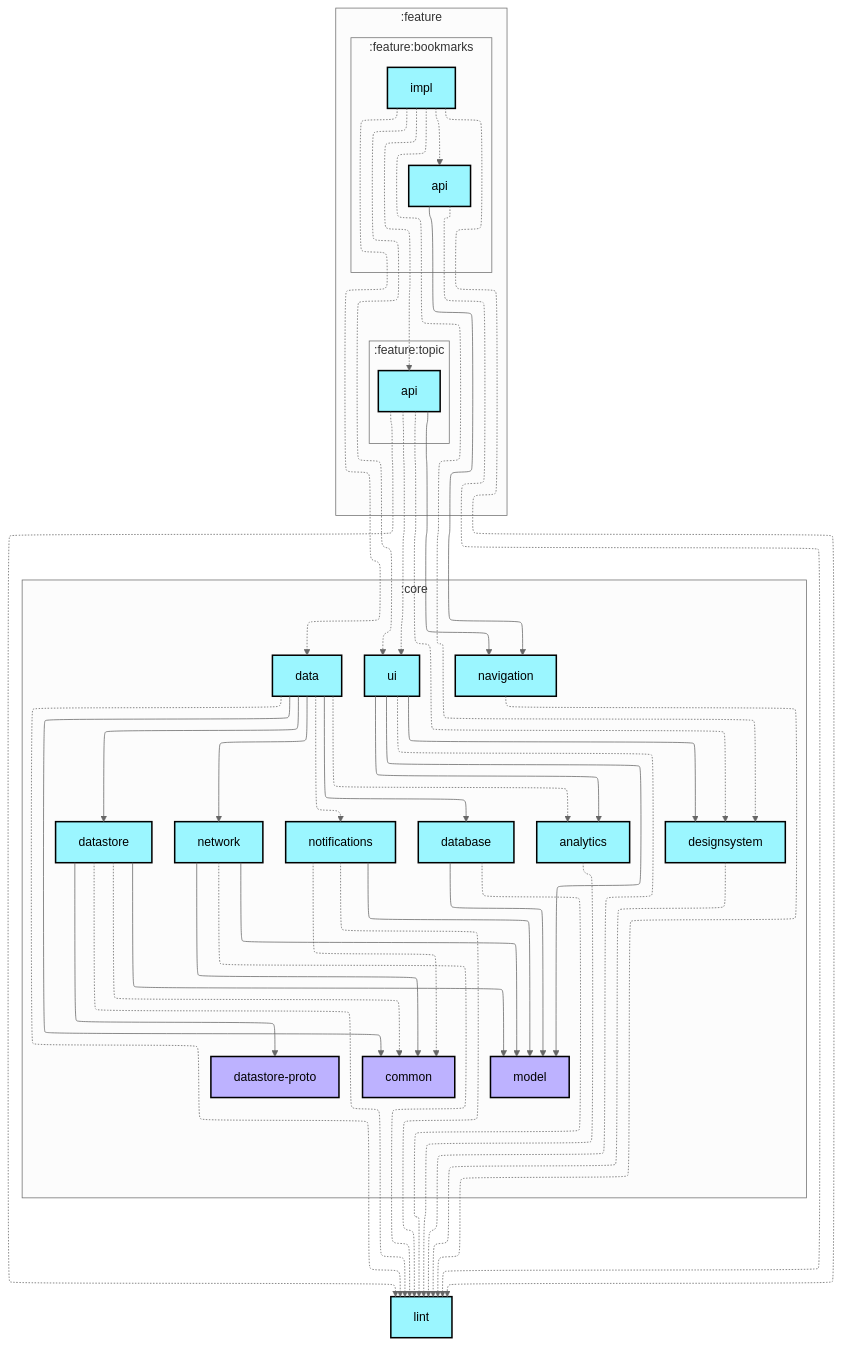
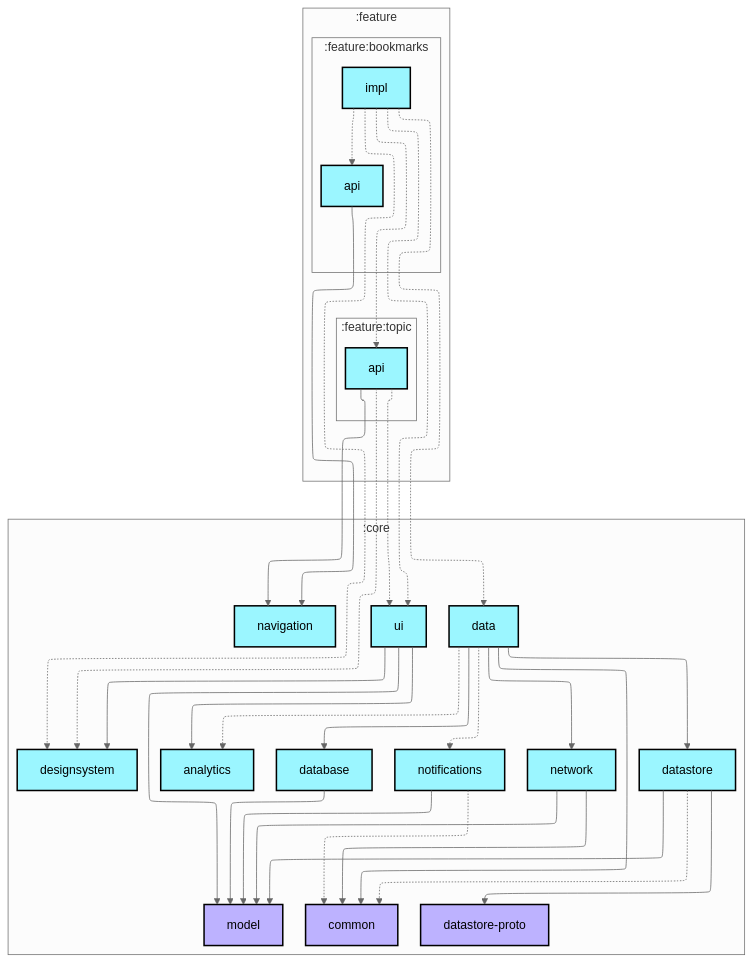
The first of 2 diagrams in feature/bookmarks/impl/README.md (android/nowinandroid), drawn with Mermaid (neutral theme) before and after one commit. The commit also changed 30 other files, not shown here.

```diff
--- a/feature/bookmarks/impl/README.md
+++ b/feature/bookmarks/impl/README.md
@@ -38,46 +38,33 @@
     :core:notifications[notifications]:::android-library
     :core:ui[ui]:::android-library
   end
-  :lint[lint]:::android-library
 
-  :core:analytics -.-> :lint
   :core:data -.-> :core:analytics
   :core:data --> :core:common
   :core:data --> :core:database
   :core:data --> :core:datastore
   :core:data --> :core:network
   :core:data -.-> :core:notifications
-  :core:data -.-> :lint
   :core:database --> :core:model
-  :core:database -.-> :lint
   :core:datastore -.-> :core:common
   :core:datastore --> :core:datastore-proto
   :core:datastore --> :core:model
-  :core:datastore -.-> :lint
-  :core:designsystem -.-> :lint
-  :core:navigation -.-> :lint
   :core:network --> :core:common
   :core:network --> :core:model
-  :core:network -.-> :lint
   :core:notifications -.-> :core:common
   :core:notifications --> :core:model
-  :core:notifications -.-> :lint
   :core:ui --> :core:analytics
   :core:ui --> :core:designsystem
   :core:ui --> :core:model
-  :core:ui -.-> :lint
   :feature:bookmarks:api --> :core:navigation
-  :feature:bookmarks:api -.-> :lint
   :feature:bookmarks:impl -.-> :core:data
   :feature:bookmarks:impl -.-> :core:designsystem
   :feature:bookmarks:impl -.-> :core:ui
   :feature:bookmarks:impl -.-> :feature:bookmarks:api
   :feature:bookmarks:impl -.-> :feature:topic:api
-  :feature:bookmarks:impl -.-> :lint
   :feature:topic:api -.-> :core:designsystem
   :feature:topic:api --> :core:navigation
   :feature:topic:api -.-> :core:ui
-  :feature:topic:api -.-> :lint
 
 classDef android-application fill:#CAFFBF,stroke:#000,stroke-width:2px,color:#000;
 classDef android-feature fill:#FFD6A5,stroke:#000,stroke-width:2px,color:#000;
```
